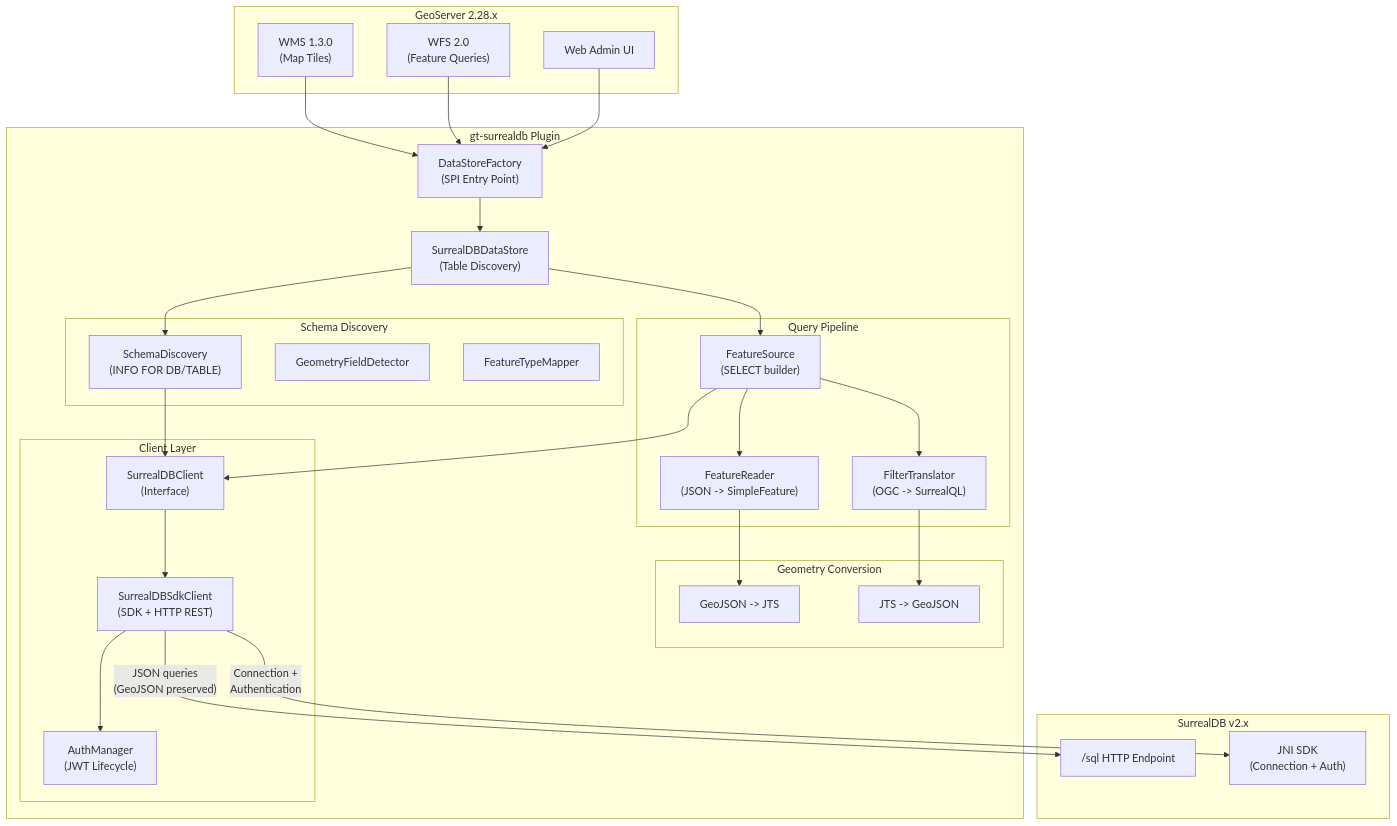
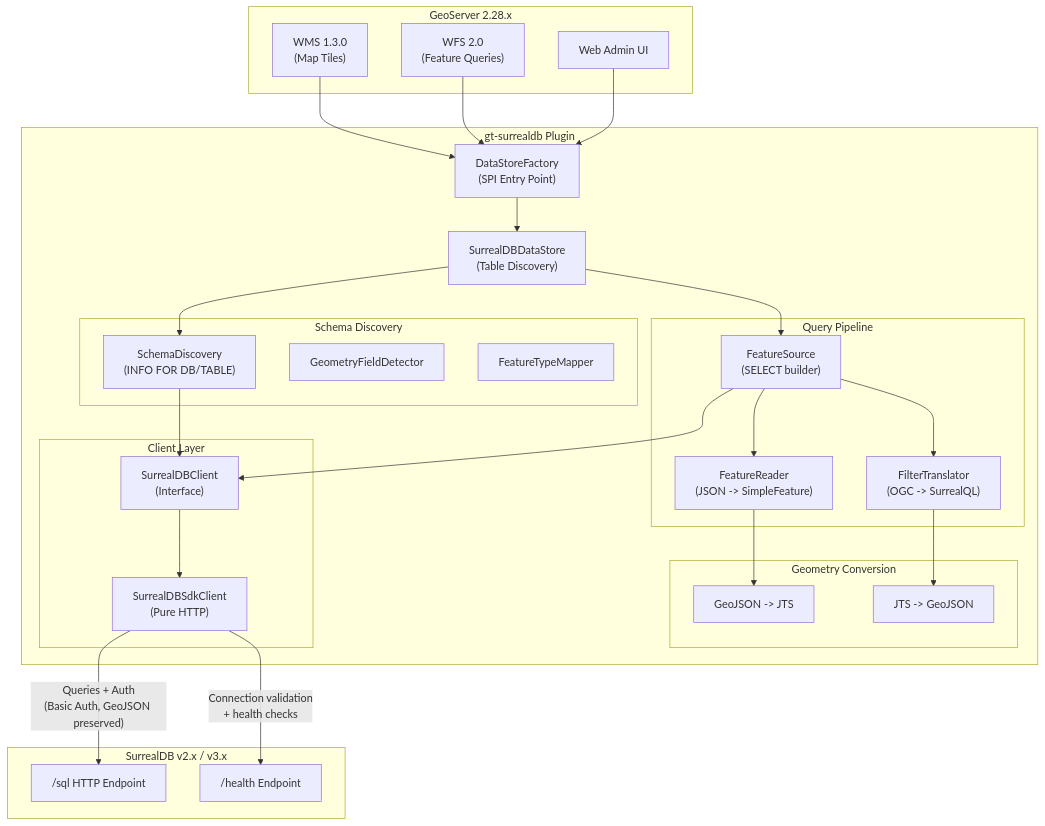
One commit to nitin84india/surrealdb-geoserver-connector changed the fourth of 7 diagrams in README.md. Above: the diagram before and after it, drawn with Mermaid. The commit also changed other lines of this file, not shown here.

Commit message:
docs: update README for SCHEMALESS support, pure HTTP client, and SurrealDB v3 compatibility

````diff
--- a/README.md
+++ b/README.md
@@ -349,56 +362,54 @@
 ```mermaid
 graph TB
     subgraph GeoServer["GeoServer 2.28.x"]
         WMS["WMS 1.3.0\n(Map Tiles)"]
         WFS["WFS 2.0\n(Feature Queries)"]
         WebAdmin["Web Admin UI"]
     end
 
     subgraph Plugin["gt-surrealdb Plugin"]
         Factory["DataStoreFactory\n(SPI Entry Point)"]
         DataStore["SurrealDBDataStore\n(Table Discovery)"]
 
         subgraph Query["Query Pipeline"]
             FeatureSource["FeatureSource\n(SELECT builder)"]
             FilterTranslator["FilterTranslator\n(OGC -> SurrealQL)"]
             FeatureReader["FeatureReader\n(JSON -> SimpleFeature)"]
         end
 
         subgraph Schema["Schema Discovery"]
             Discovery["SchemaDiscovery\n(INFO FOR DB/TABLE)"]
             Detector["GeometryFieldDetector"]
             Mapper["FeatureTypeMapper"]
         end
 
         subgraph Geometry["Geometry Conversion"]
             GeoJsonToJts["GeoJSON -> JTS"]
             JtsToGeoJson["JTS -> GeoJSON"]
         end
 
         subgraph Client["Client Layer"]
             Interface["SurrealDBClient\n(Interface)"]
-            SdkClient["SurrealDBSdkClient\n(SDK + HTTP REST)"]
-            AuthMgr["AuthManager\n(JWT Lifecycle)"]
+            SdkClient["SurrealDBSdkClient\n(Pure HTTP)"]
         end
     end
 
-    subgraph Database["SurrealDB v2.x"]
+    subgraph Database["SurrealDB v2.x / v3.x"]
         HTTP_API["/sql HTTP Endpoint"]
-        SDK_API["JNI SDK\n(Connection + Auth)"]
+        Health["/health Endpoint"]
     end
 
     WMS & WFS & WebAdmin --> Factory
     Factory --> DataStore
     DataStore --> Discovery
     DataStore --> FeatureSource
     FeatureSource --> FilterTranslator
     FeatureSource --> FeatureReader
     FilterTranslator --> JtsToGeoJson
     FeatureReader --> GeoJsonToJts
     FeatureSource --> Interface
     Discovery --> Interface
     Interface --> SdkClient
-    SdkClient --> AuthMgr
-    SdkClient -- "JSON queries\n(GeoJSON preserved)" --> HTTP_API
-    SdkClient -- "Connection +\nAuthentication" --> SDK_API
+    SdkClient -- "Queries + Auth\n(Basic Auth, GeoJSON preserved)" --> HTTP_API
+    SdkClient -- "Connection validation\n+ health checks" --> Health
 ```
````
